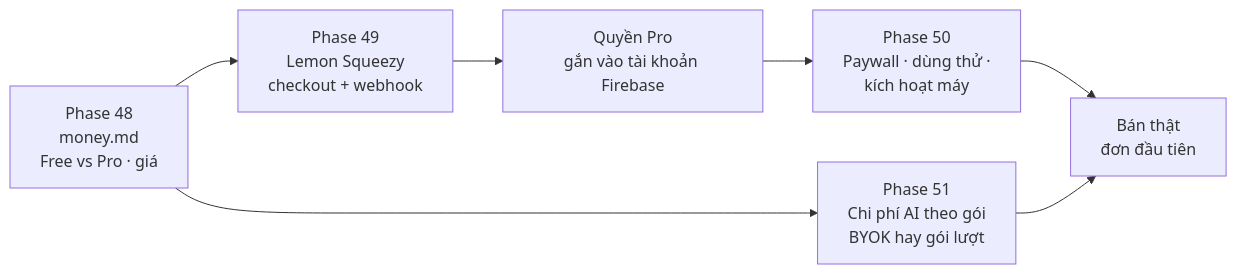
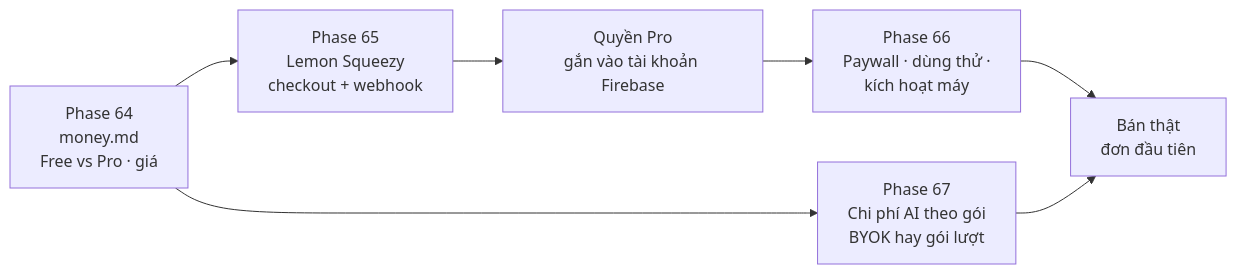
The diagram in docs/web/version-10.md (nvminhtu/niche-radar-docs), drawn with Mermaid before and after one commit. The commit also changed other lines of this file and 206 other files, not shown here.

````diff
--- a/docs/web/version-10.md
+++ b/docs/web/version-10.md
@@ -21,8 +21,8 @@
 ```mermaid
 flowchart LR
-  M[Phase 48<br/>money.md<br/>Free vs Pro · giá] --> P[Phase 49<br/>Lemon Squeezy<br/>checkout + webhook]
+  M[Phase 64<br/>money.md<br/>Free vs Pro · giá] --> P[Phase 65<br/>Lemon Squeezy<br/>checkout + webhook]
   P --> E[Quyền Pro<br/>gắn vào tài khoản Firebase]
-  E --> W[Phase 50<br/>Paywall · dùng thử ·<br/>kích hoạt máy]
-  M --> C[Phase 51<br/>Chi phí AI theo gói<br/>BYOK hay gói lượt]
+  E --> W[Phase 66<br/>Paywall · dùng thử ·<br/>kích hoạt máy]
+  M --> C[Phase 67<br/>Chi phí AI theo gói<br/>BYOK hay gói lượt]
   W & C --> S[Bán thật<br/>đơn đầu tiên]
 ```
````
